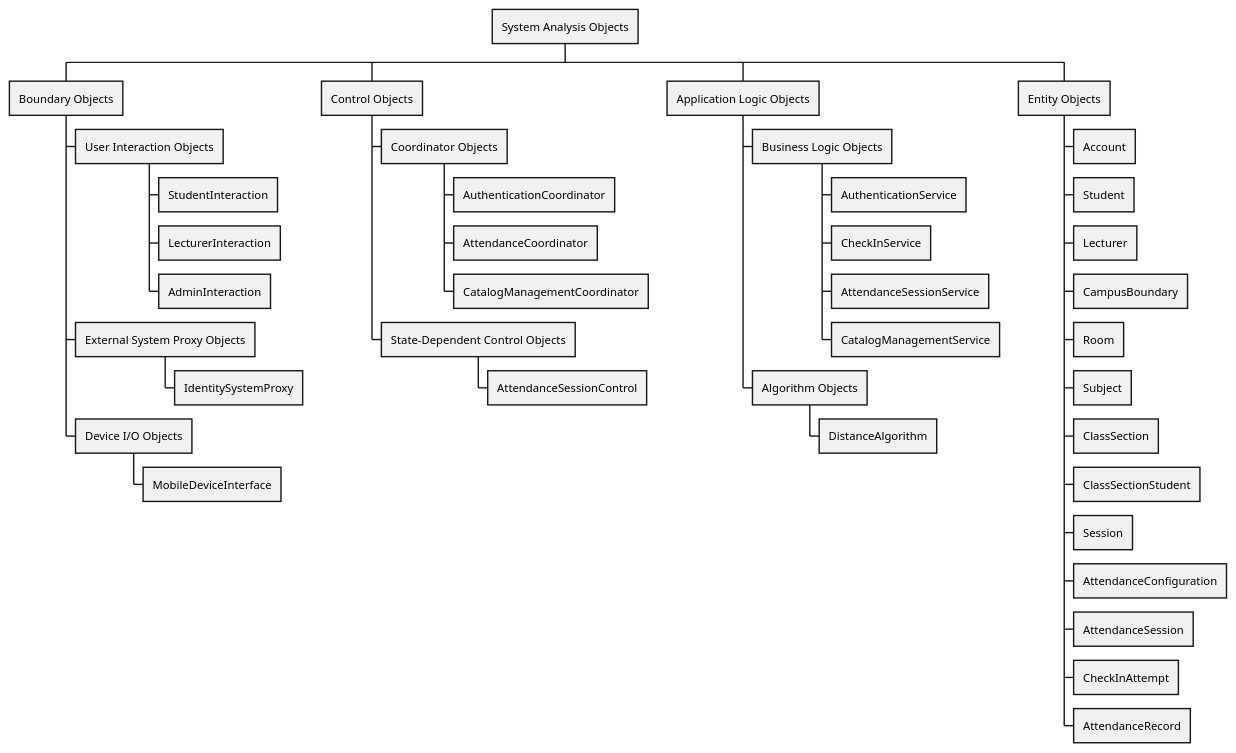
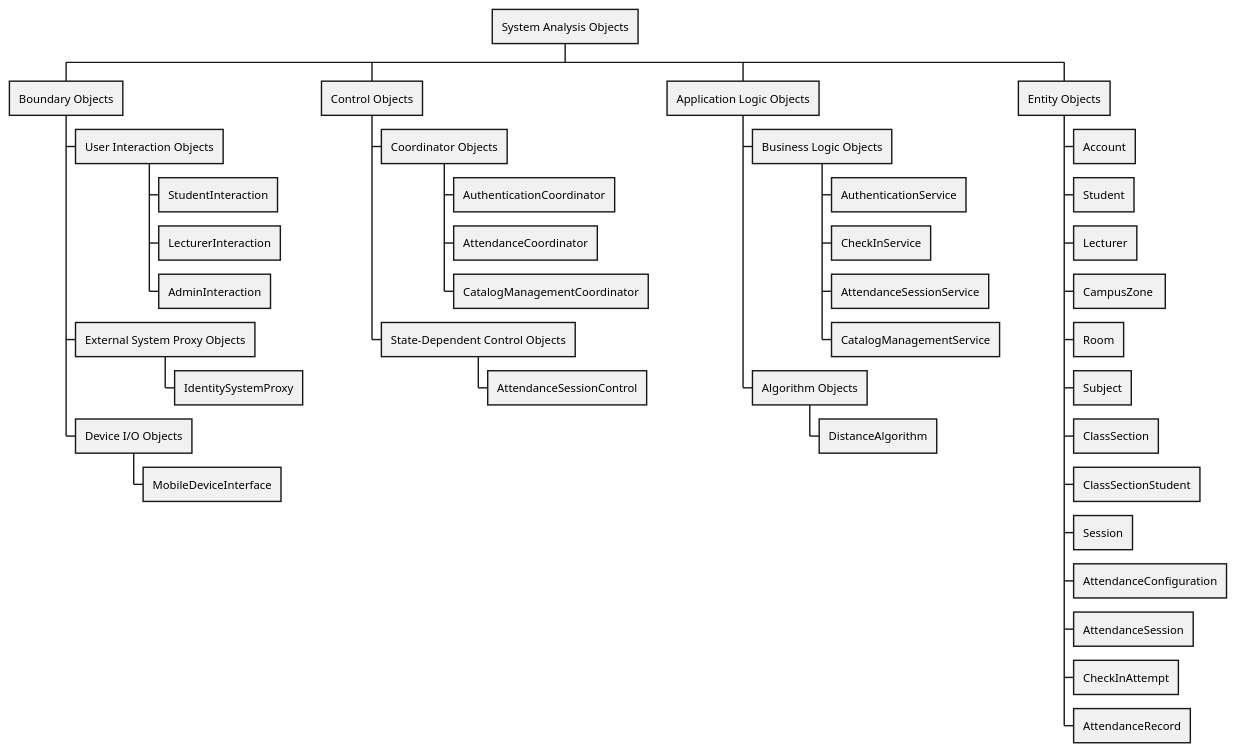
One commit to nttung42/SWD392 changed the third of 29 diagrams in docs/sds/2_Analysis.md. Above: the diagram before and after it, drawn with PlantUML. The commit also changed other lines of this file and 4 other files, not shown here.

First line of the commit message:
Refactor CampusBoundary to CampusZone across documentation and design files

````diff
--- a/docs/sds/2_Analysis.md
+++ b/docs/sds/2_Analysis.md
@@ -206,43 +206,43 @@
 ```plantuml
 @startwbs
 * System Analysis Objects
 ** Boundary Objects
 *** User Interaction Objects
 **** StudentInteraction
 **** LecturerInteraction
 **** AdminInteraction
 *** External System Proxy Objects
 **** IdentitySystemProxy
 *** Device I/O Objects
 **** MobileDeviceInterface
 ** Control Objects
 *** Coordinator Objects
 **** AuthenticationCoordinator
 **** AttendanceCoordinator
 **** CatalogManagementCoordinator
 *** State-Dependent Control Objects
 **** AttendanceSessionControl
 ** Application Logic Objects
 *** Business Logic Objects
 **** AuthenticationService
 **** CheckInService
 **** AttendanceSessionService
 **** CatalogManagementService
 *** Algorithm Objects
 **** DistanceAlgorithm
 ** Entity Objects
 *** Account
 *** Student
 *** Lecturer
-*** CampusBoundary
+*** CampusZone 
 *** Room
 *** Subject
 *** ClassSection
 *** ClassSectionStudent
 *** Session
 *** AttendanceConfiguration
 *** AttendanceSession
 *** CheckInAttempt
 *** AttendanceRecord
 @endwbs
 ```
````
